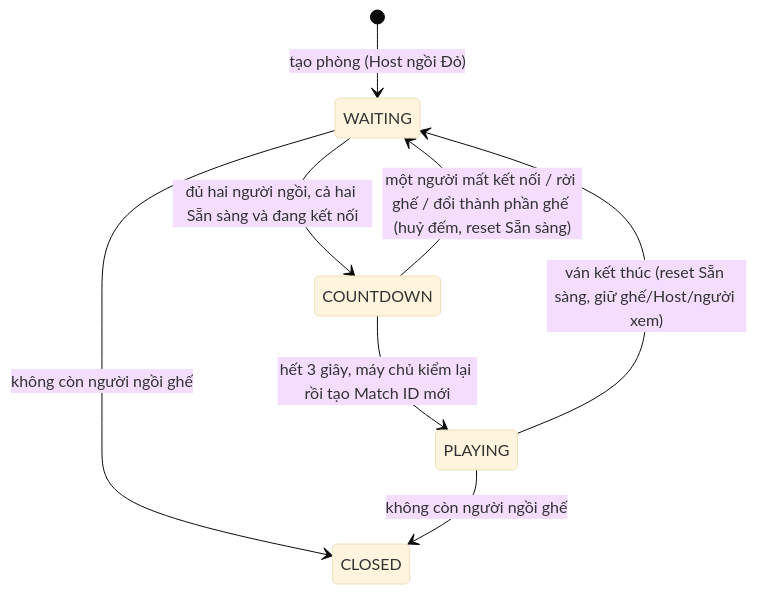
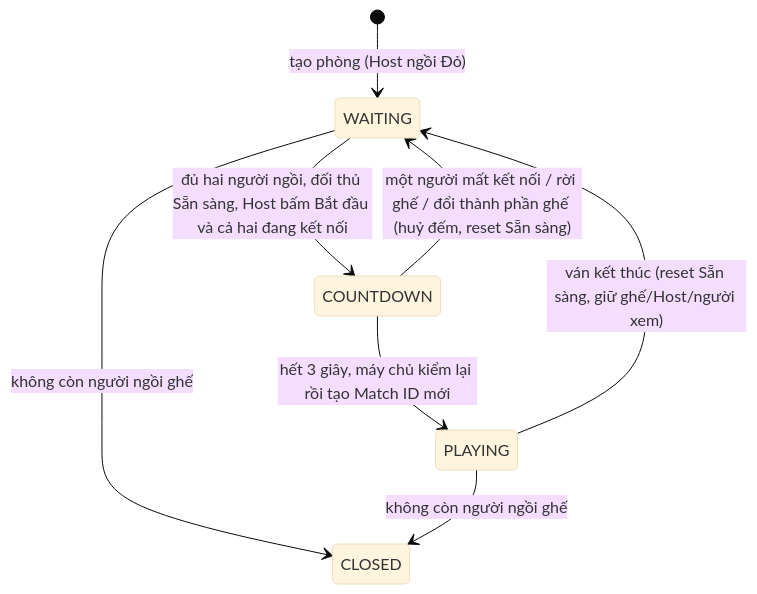
The diagram in docs/product/P1-YC2-TAO-PHONG.md (twotnguyen/XIANGQI), drawn with Mermaid (base theme) before and after one commit. The commit also changed other lines of this file and 15 other files, not shown here.

````diff
--- a/docs/product/P1-YC2-TAO-PHONG.md
+++ b/docs/product/P1-YC2-TAO-PHONG.md
@@ -73,10 +77,10 @@
 ```mermaid
 stateDiagram-v2
     [*] --> WAITING: tạo phòng (Host ngồi Đỏ)
-    WAITING --> COUNTDOWN: đủ hai người ngồi, cả hai Sẵn sàng và đang kết nối
+    WAITING --> COUNTDOWN: đủ hai người ngồi, đối thủ Sẵn sàng, Host bấm Bắt đầu và cả hai đang kết nối
     COUNTDOWN --> WAITING: một người mất kết nối / rời ghế / đổi thành phần ghế (huỷ đếm, reset Sẵn sàng)
     COUNTDOWN --> PLAYING: hết 3 giây, máy chủ kiểm lại rồi tạo Match ID mới
     PLAYING --> WAITING: ván kết thúc (reset Sẵn sàng, giữ ghế/Host/người xem)
     WAITING --> CLOSED: không còn người ngồi ghế
     PLAYING --> CLOSED: không còn người ngồi ghế
 ```
````
